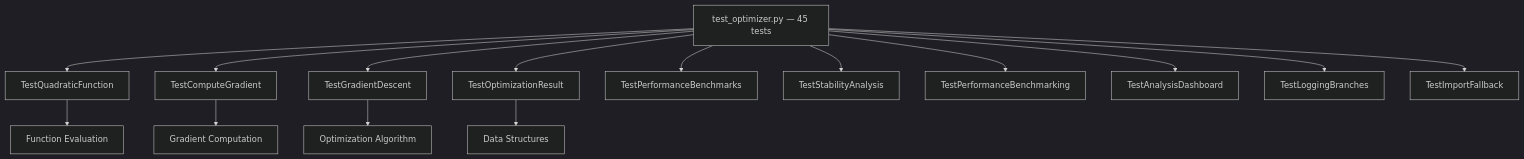
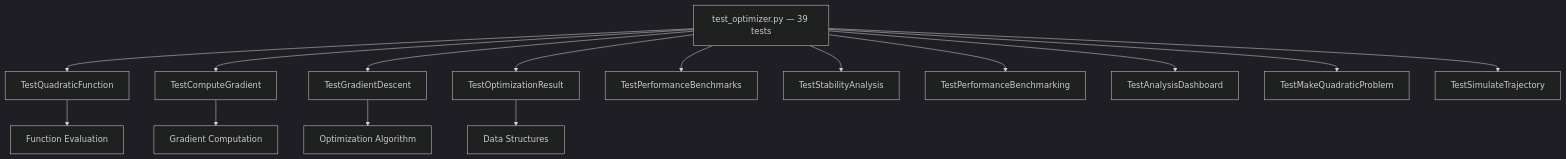
The diagram in projects/code_project/tests/README.md (docxology/template), drawn with Mermaid (dark theme) before and after one commit. The commit also changed other lines of this file and 334 other files, not shown here.

````diff
--- a/projects/code_project/tests/README.md
+++ b/projects/code_project/tests/README.md
@@ -44,18 +44,18 @@
 ```mermaid
 graph TD
-    A[test_optimizer.py — 45 tests] --> B[TestQuadraticFunction]
+    A[test_optimizer.py — 39 tests] --> B[TestQuadraticFunction]
     A --> C[TestComputeGradient]
     A --> D[TestGradientDescent]
     A --> E[TestOptimizationResult]
     A --> F[TestPerformanceBenchmarks]
     A --> G[TestStabilityAnalysis]
     A --> H[TestPerformanceBenchmarking]
     A --> I[TestAnalysisDashboard]
-    A --> J[TestLoggingBranches]
-    A --> K[TestImportFallback]
+    A --> J[TestMakeQuadraticProblem]
+    A --> K[TestSimulateTrajectory]
 
     B --> L[Function Evaluation]
     C --> M[Gradient Computation]
     D --> N[Optimization Algorithm]
     E --> O[Data Structures]
 ```
````
